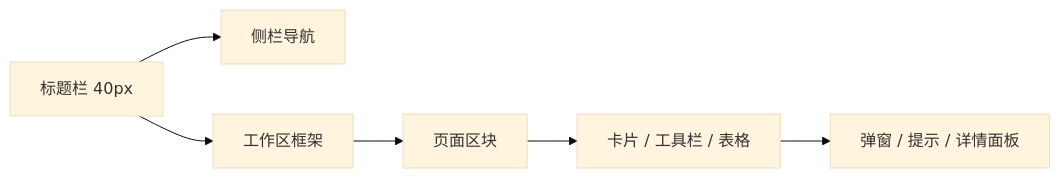
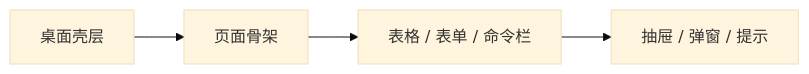
One commit to neavo/LinguaGacha changed the first of 2 diagrams in docs/DESIGN.md. Above: the diagram before and after it, drawn with Mermaid (base theme). The commit also changed other lines of this file and 99 other files, not shown here.

````diff
--- a/docs/DESIGN.md
+++ b/docs/DESIGN.md
@@ -14,8 +7,6 @@
 ```mermaid
 flowchart LR
-    A["标题栏 40px"] --> B["侧栏导航"]
-    A --> C["工作区框架"]
-    C --> D["页面区块"]
-    D --> E["卡片 / 工具栏 / 表格"]
-    E --> F["弹窗 / 提示 / 详情面板"]
+    A["桌面壳层"] --> B["页面骨架"]
+    B --> C["表格 / 表单 / 命令栏"]
+    C --> D["抽屉 / 弹窗 / 提示"]
 ```
````
